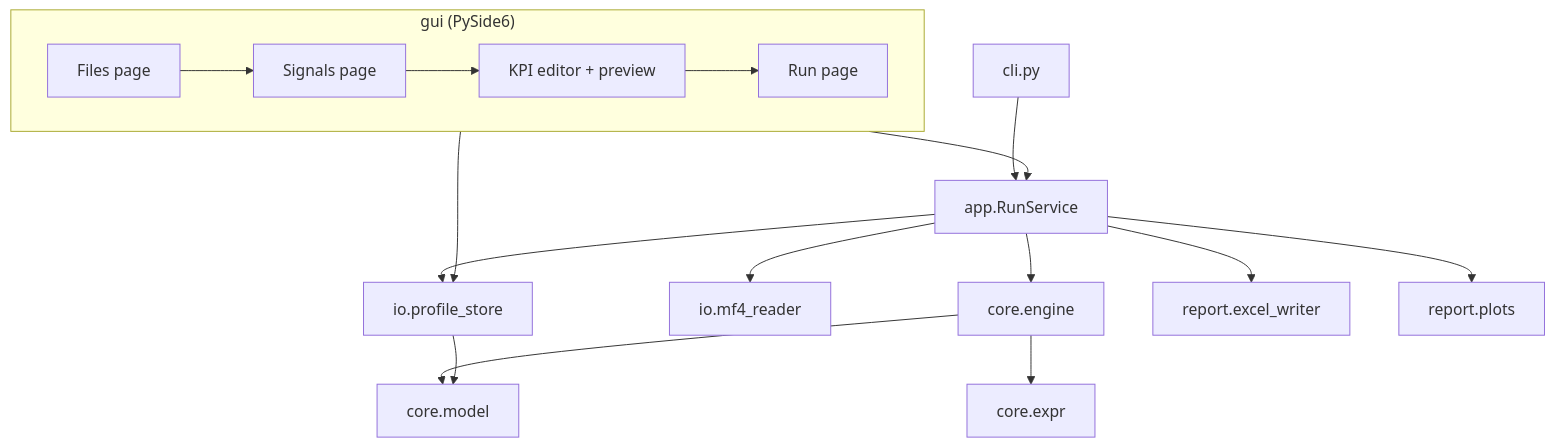
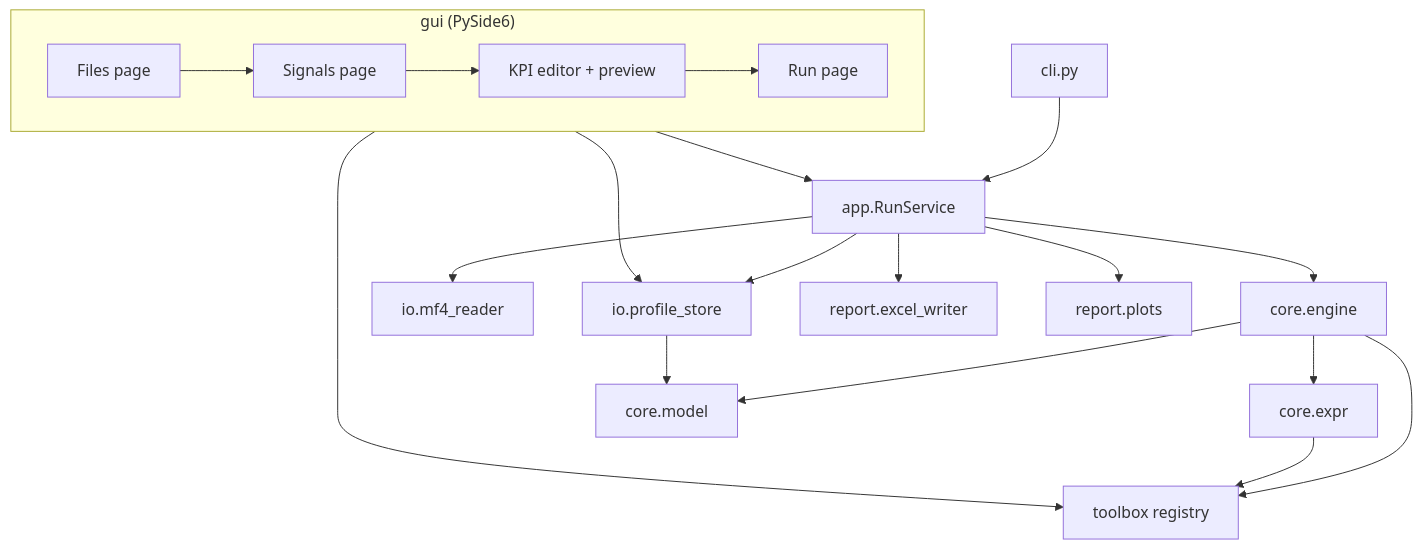
One commit to JackWang401/AEB_KPI_Project changed the diagram in docs/kpi_studio_architecture.md. Above: the diagram before and after it, drawn with Mermaid. The commit also changed other lines of this file, not shown here.

First line of the commit message:
Design: add KPI toolbox, shared KPI libraries and recorded decisions

````diff
--- a/docs/kpi_studio_architecture.md
+++ b/docs/kpi_studio_architecture.md
@@ -177,17 +275,20 @@
 ```mermaid
 flowchart TB
   subgraph GUI["gui (PySide6)"]
     FP[Files page] --> SP[Signals page] --> KP[KPI editor + preview] --> RP[Run page]
   end
   CLI[cli.py] --> RS
   GUI --> RS[app.RunService]
   GUI --> PS
   RS --> PS[io.profile_store]
   RS --> MR[io.mf4_reader]
   RS --> EN[core.engine]
   RS --> RW[report.excel_writer]
   RS --> PL[report.plots]
   EN --> EX[core.expr]
   EN --> MD[core.model]
+  EN --> TB[toolbox registry]
+  EX --> TB
+  GUI --> TB
   PS --> MD
 ```
````
